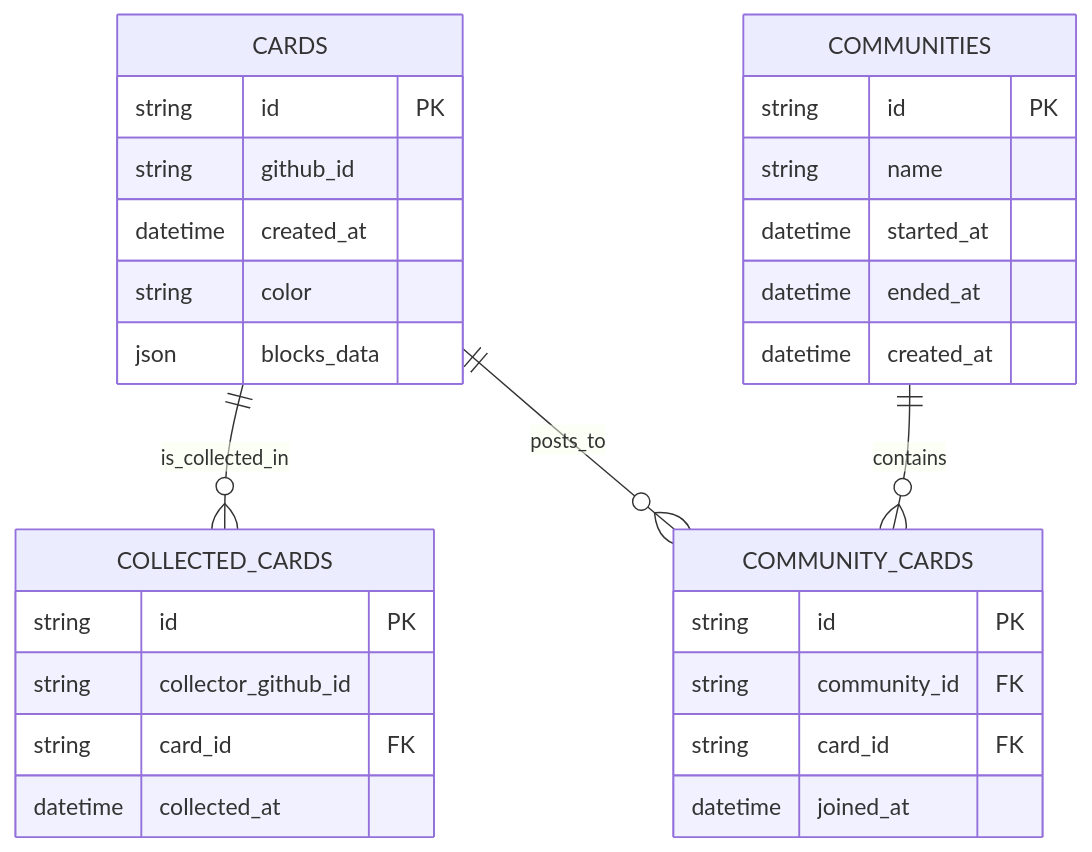
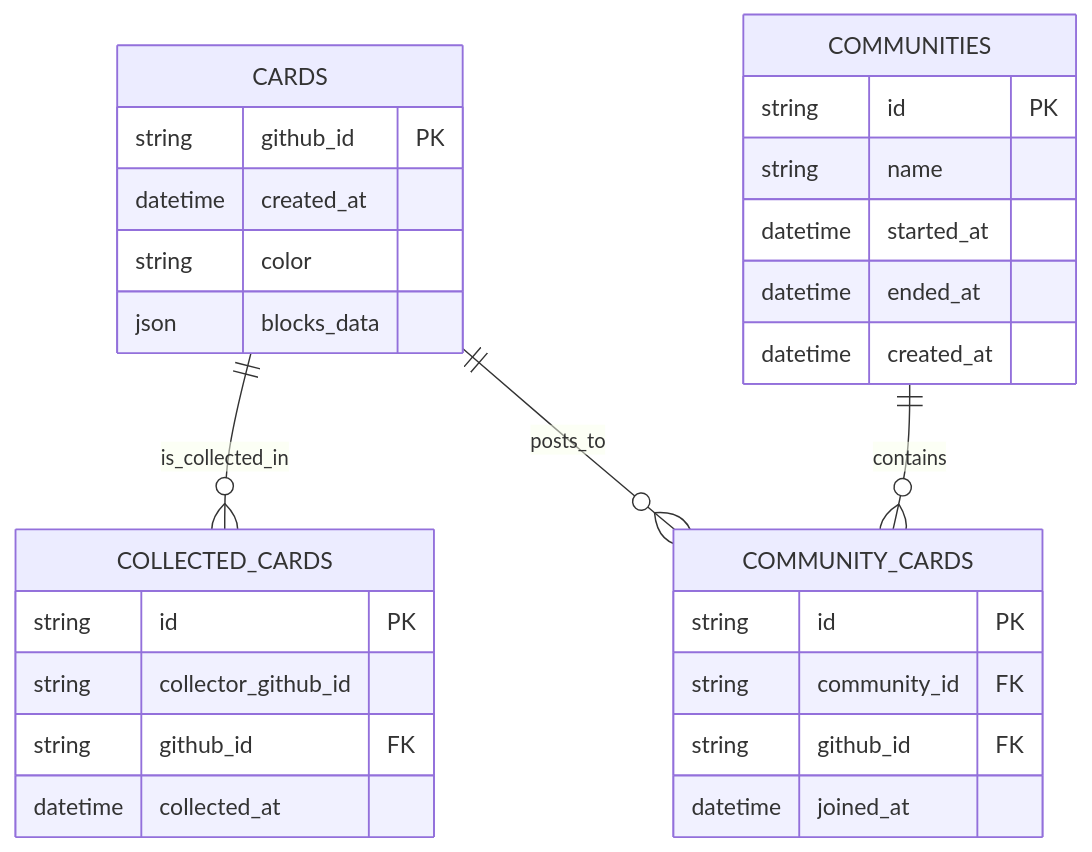
The diagram in docs/er.md (furarico/octo-deck-api), drawn with Mermaid before and after one commit.

Commit message:
Update ER diagram

````diff
--- a/docs/er.md
+++ b/docs/er.md
@@ -3,36 +3,35 @@
 ```mermaid
 erDiagram
     CARDS {
-        string id PK
-        string github_id
+        string github_id PK
         datetime created_at
         string color
         json blocks_data
     }
 
     COLLECTED_CARDS {
         string id PK
         string collector_github_id
-        string card_id FK
+        string github_id FK
         datetime collected_at
     }
 
     COMMUNITIES {
         string id PK
         string name
         datetime started_at
         datetime ended_at
         datetime created_at
     }
 
     COMMUNITY_CARDS {
         string id PK
         string community_id FK
-        string card_id FK
+        string github_id FK
         datetime joined_at
     }
 
     CARDS ||--o{ COLLECTED_CARDS : is_collected_in
     CARDS ||--o{ COMMUNITY_CARDS : posts_to
     COMMUNITIES ||--o{ COMMUNITY_CARDS : contains
 ```
````
